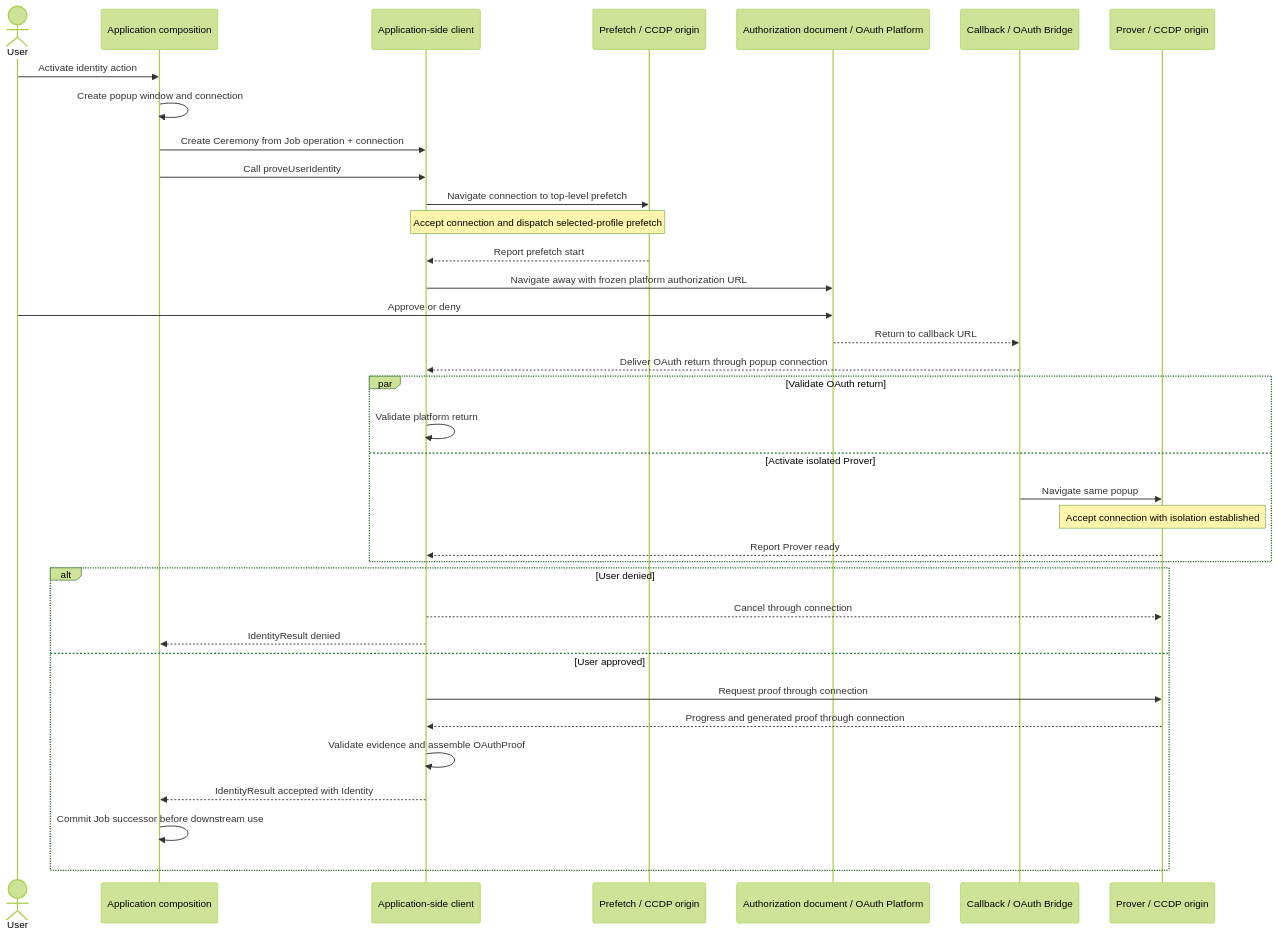
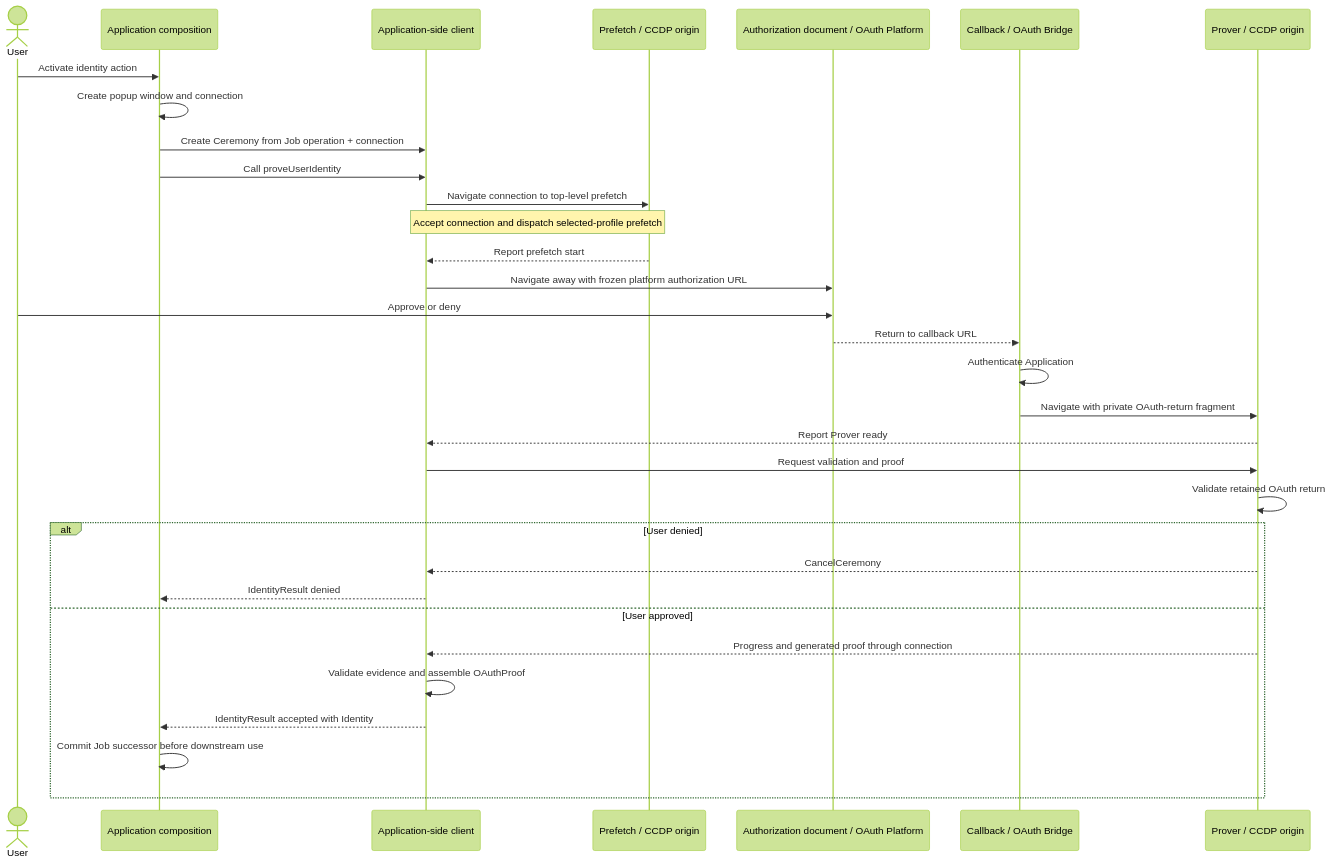
Before and after one commit to libid-org/libid: the diagram in ts/packages/ceremony/ARCHITECTURE.md, drawn with Mermaid (forest theme). The commit also changed other lines of this file and 6 other files, not shown here.

First line of the commit message:
docs(ceremony): keep OAuth returns in popup documents

````diff
--- a/ts/packages/ceremony/ARCHITECTURE.md
+++ b/ts/packages/ceremony/ARCHITECTURE.md
@@ -45,39 +45,35 @@
 ```mermaid
 sequenceDiagram
     actor U as User
     participant A as Application composition
     participant C as Application-side client
     participant F as Prefetch / CCDP origin
     participant O as Authorization document / OAuth Platform
     participant P as Callback / OAuth Bridge
     participant R as Prover / CCDP origin
 
     U->>A: Activate identity action
     A->>A: Create popup window and connection
     A->>C: Create Ceremony from Job operation + connection
     A->>C: Call proveUserIdentity
     C->>F: Navigate connection to top-level prefetch
     Note over C,F: Accept connection and dispatch selected-profile prefetch
     F-->>C: Report prefetch start
     C->>O: Navigate away with frozen platform authorization URL
     U->>O: Approve or deny
     O-->>P: Return to callback URL
-    P-->>C: Deliver OAuth return through popup connection
-    par Validate OAuth return
-        C->>C: Validate platform return
-    and Activate isolated Prover
-        P->>R: Navigate same popup
-        Note over R: Accept connection with isolation established
-        R-->>C: Report Prover ready
-    end
+    P->>P: Authenticate Application
+    P->>R: Navigate with private OAuth-return fragment
+    R-->>C: Report Prover ready
+    C->>R: Request validation and proof
+    R->>R: Validate retained OAuth return
     alt User denied
-        C-->>R: Cancel through connection
+        R-->>C: CancelCeremony
         C-->>A: IdentityResult denied
     else User approved
-        C->>R: Request proof through connection
         R-->>C: Progress and generated proof through connection
         C->>C: Validate evidence and assemble OAuthProof
         C-->>A: IdentityResult accepted with Identity
         A->>A: Commit Job successor before downstream use
     end
 ```
````
